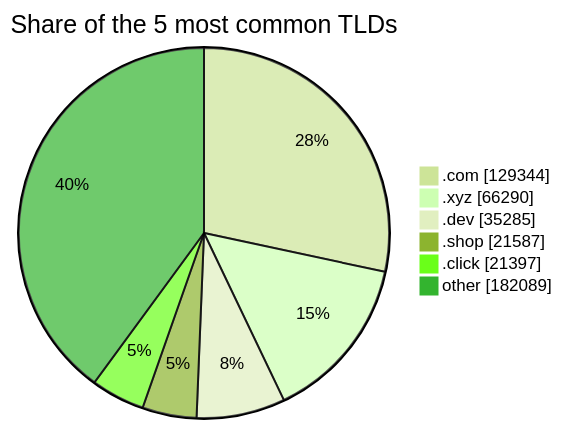
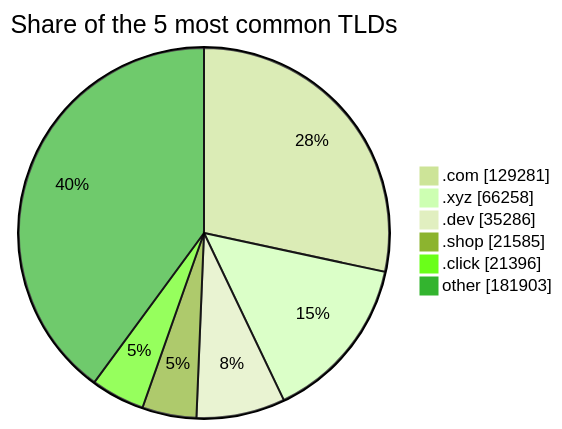
One commit to DNSBunker/CTI changed the third of 3 diagrams in README.md. Above: the diagram before and after it, drawn with Mermaid (forest theme). The commit also changed other lines of this file and 3 other files, not shown here.

````diff
--- a/README.md
+++ b/README.md
@@ -81,9 +81,9 @@
 ```mermaid
 pie showData title Share of the 5 most common TLDs
-    ".com" : 129344
-    ".xyz" : 66290
-    ".dev" : 35285
-    ".shop" : 21587
-    ".click" : 21397
-    "other" : 182089
+    ".com" : 129281
+    ".xyz" : 66258
+    ".dev" : 35286
+    ".shop" : 21585
+    ".click" : 21396
+    "other" : 181903
 ```
````
